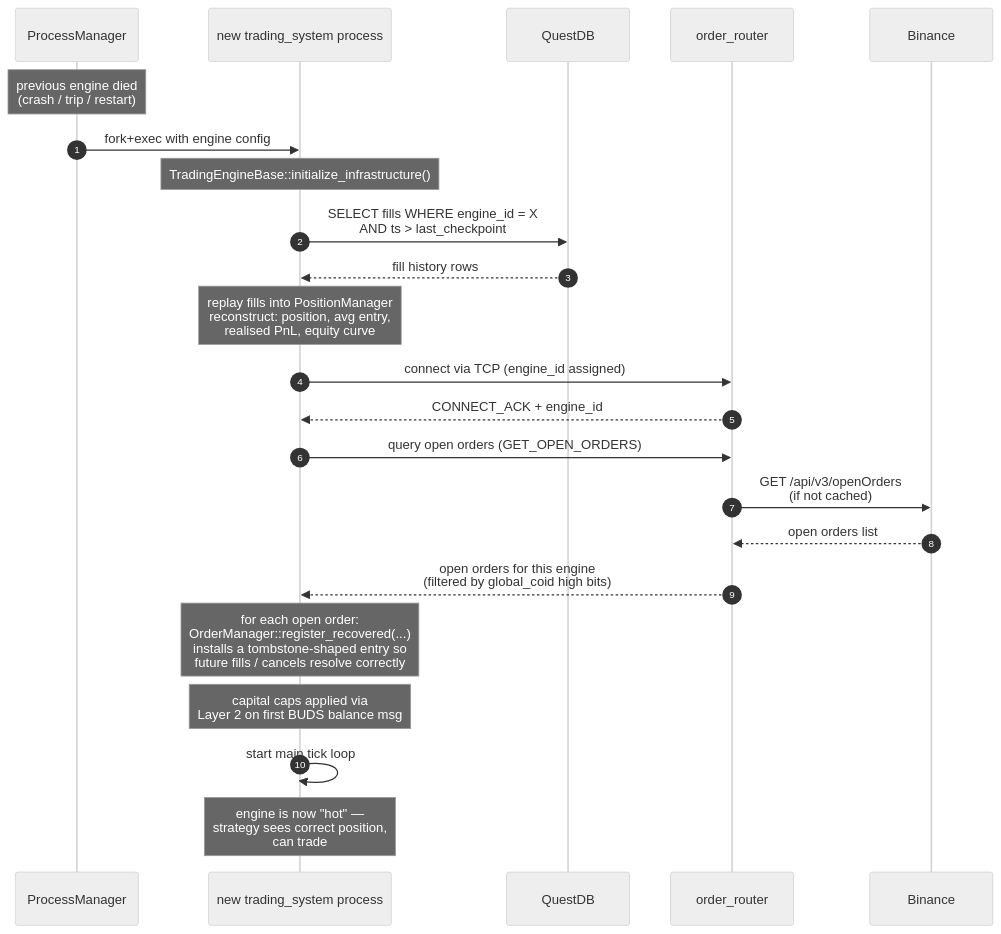
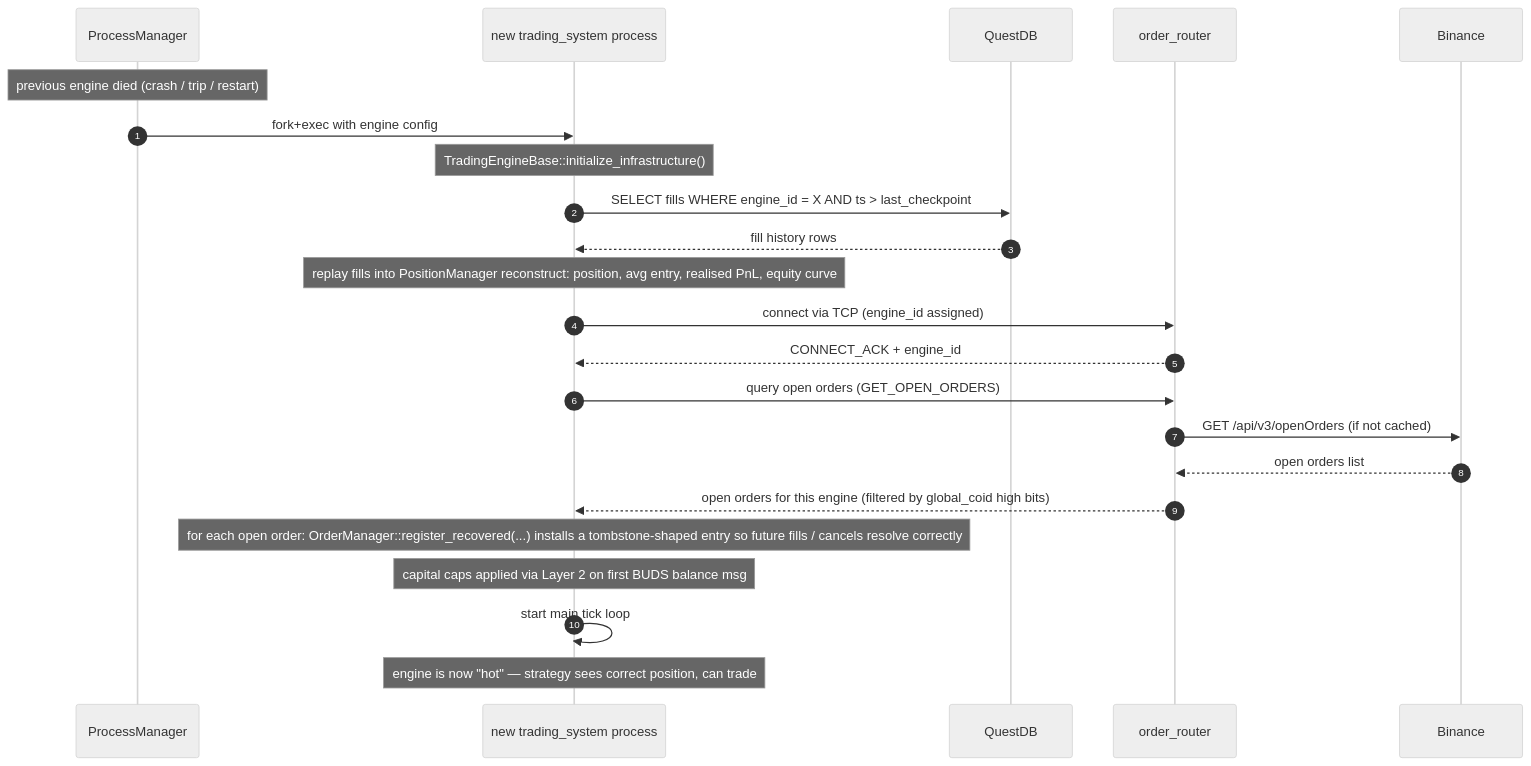
Before and after one commit to sardis-trading/trading-architecture: the diagram in 03-flows/position-recovery.md, drawn with Mermaid (neutral theme). The commit also changed 5 other files, not shown here.

````diff
--- a/03-flows/position-recovery.md
+++ b/03-flows/position-recovery.md
@@ -9,31 +9,31 @@
 ```mermaid
 sequenceDiagram
     autonumber
     participant PM as ProcessManager
     participant Eng as new trading_system process
     participant QDB as QuestDB
     participant OR as order_router
     participant Bin as Binance
 
-    Note over PM: previous engine died<br/>(crash / trip / restart)
+    Note over PM: previous engine died (crash / trip / restart)
     PM->>Eng: fork+exec with engine config
     Note over Eng: TradingEngineBase::initialize_infrastructure()
-    Eng->>QDB: SELECT fills WHERE engine_id = X<br/>AND ts > last_checkpoint
+    Eng->>QDB: SELECT fills WHERE engine_id = X AND ts > last_checkpoint
     QDB-->>Eng: fill history rows
-    Note over Eng: replay fills into PositionManager<br/>reconstruct: position, avg entry,<br/>realised PnL, equity curve
+    Note over Eng: replay fills into PositionManager reconstruct: position, avg entry, realised PnL, equity curve
 
     Eng->>OR: connect via TCP (engine_id assigned)
     OR-->>Eng: CONNECT_ACK + engine_id
 
     Eng->>OR: query open orders (GET_OPEN_ORDERS)
-    OR->>Bin: GET /api/v3/openOrders<br/>(if not cached)
+    OR->>Bin: GET /api/v3/openOrders (if not cached)
     Bin-->>OR: open orders list
-    OR-->>Eng: open orders for this engine<br/>(filtered by global_coid high bits)
+    OR-->>Eng: open orders for this engine (filtered by global_coid high bits)
 
-    Note over Eng: for each open order:<br/>OrderManager::register_recovered(...)<br/>installs a tombstone-shaped entry so<br/>future fills / cancels resolve correctly
+    Note over Eng: for each open order: OrderManager::register_recovered(...) installs a tombstone-shaped entry so future fills / cancels resolve correctly
 
-    Note over Eng: capital caps applied via<br/>Layer 2 on first BUDS balance msg
+    Note over Eng: capital caps applied via Layer 2 on first BUDS balance msg
 
     Eng->>Eng: start main tick loop
-    Note over Eng: engine is now "hot" —<br/>strategy sees correct position,<br/>can trade
+    Note over Eng: engine is now "hot" — strategy sees correct position, can trade
 ```
````
